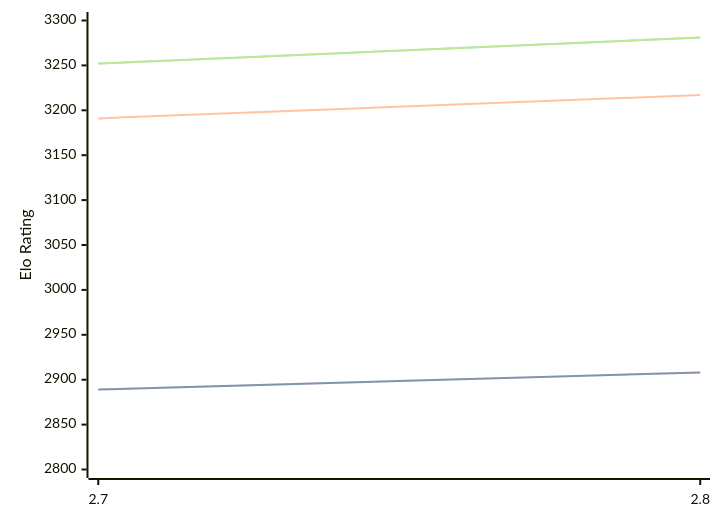
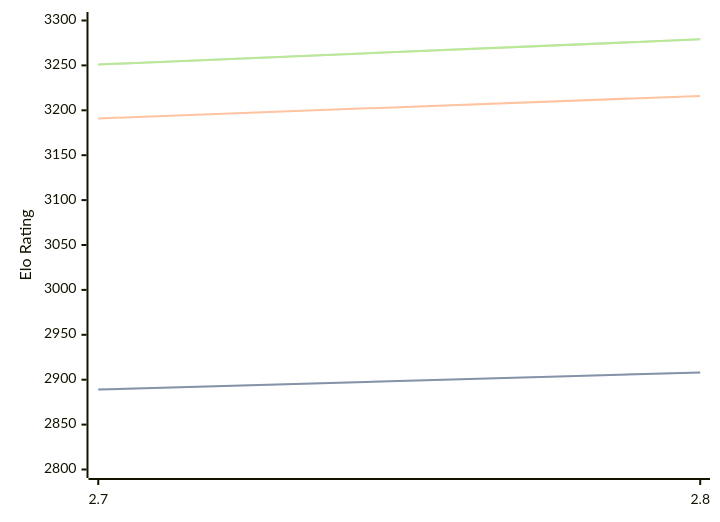
The diagram in engines/Arcanum.md (computer-chess-index/cci), drawn with Mermaid before and after one commit. The commit also changed other lines of this file, not shown here.

Commit message:
Update CCI Ratings (ELO VLTC) - 2026-08-03

````diff
--- a/engines/Arcanum.md
+++ b/engines/Arcanum.md
@@ -44,11 +44,11 @@
 ```mermaid
 %%{init: {"theme":"base","themeVariables":{"seriesColors:['#a3a3a3','#222221','#faa371']}}}%%
 xychart-beta
   x-axis ["2.7", "2.8"]
   y-axis "Elo Rating" 2800 --> 3300
   line "STC (8.0+0.08s)" [2889, 2908]
   line "STC (8.0+0.08s)" [2889, 2908]
-  line "LTC (60.0+0.60s)" [3191, 3217]
-  line "VLTC (2m24s+1.12s)" [3252, 3281]
-  line "VLTC (2m24s+1.12s)" [3252, 3281]
+  line "LTC (60.0+0.60s)" [3191, 3216]
+  line "VLTC (2m24s+1.12s)" [3251, 3279]
+  line "VLTC (2m24s+1.12s)" [3251, 3279]
 ```
````
